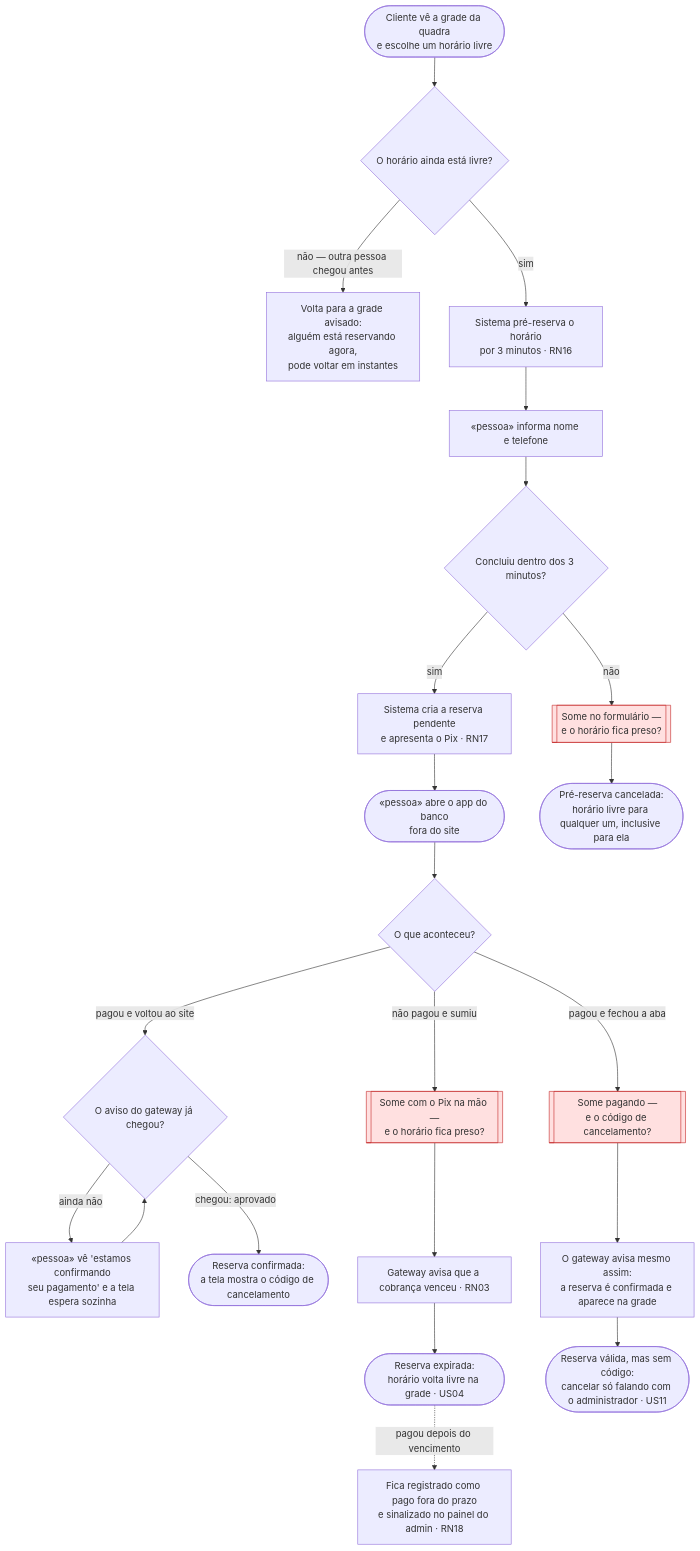
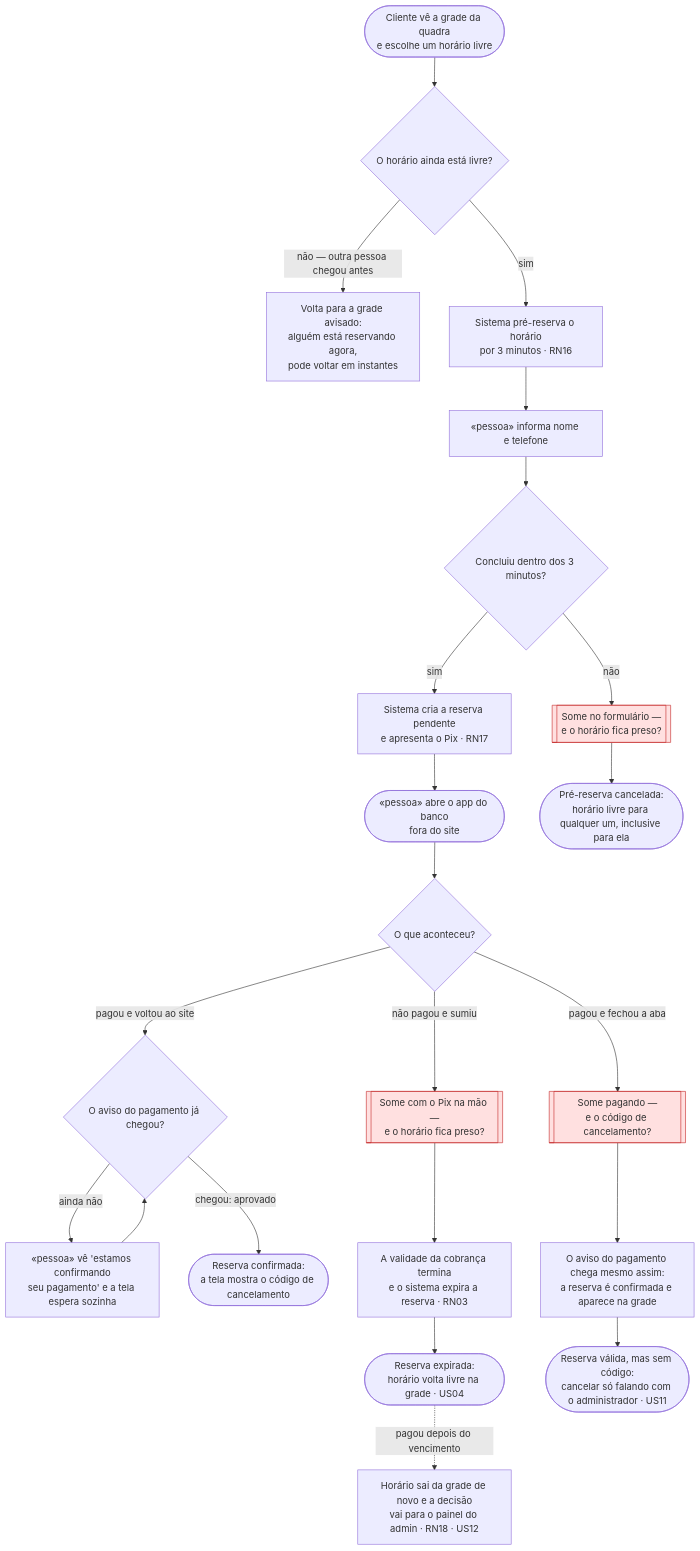
One commit to LuizGustavoSantiagoo/reserva-de-horarios changed the diagram in docs/user-flows.md. Above: the diagram before and after it, drawn with Mermaid. The commit also changed other lines of this file and 1 other file, not shown here.

Commit message:
docs: pagamento em ambiente de testes e stories prontas para o backlog

````diff
--- a/docs/user-flows.md
+++ b/docs/user-flows.md
@@ -30,28 +30,28 @@
 ```mermaid
 flowchart TD
     A(["Cliente vê a grade da quadra<br/>e escolhe um horário livre"]) --> B{"O horário ainda está livre?"}
     B -->|"não — outra pessoa chegou antes"| B1["Volta para a grade avisado:<br/>alguém está reservando agora,<br/>pode voltar em instantes"]
     B -->|"sim"| C["Sistema pré-reserva o horário<br/>por 3 minutos · RN16"]
     C --> D["«pessoa» informa nome e telefone"]
     D --> E{"Concluiu dentro dos 3 minutos?"}
     E -->|"não"| X1[["Some no formulário —<br/>e o horário fica preso?"]]
     E -->|"sim"| F["Sistema cria a reserva pendente<br/>e apresenta o Pix · RN17"]
     F --> G(["«pessoa» abre o app do banco<br/>fora do site"])
     G --> H{"O que aconteceu?"}
     H -->|"não pagou e sumiu"| X2[["Some com o Pix na mão —<br/>e o horário fica preso?"]]
     H -->|"pagou e fechou a aba"| X3[["Some pagando —<br/>e o código de cancelamento?"]]
-    H -->|"pagou e voltou ao site"| I{"O aviso do gateway já chegou?"}
+    H -->|"pagou e voltou ao site"| I{"O aviso do pagamento já chegou?"}
     I -->|"ainda não"| J["«pessoa» vê 'estamos confirmando<br/>seu pagamento' e a tela espera sozinha"]
     J --> I
     I -->|"chegou: aprovado"| K(["Reserva confirmada:<br/>a tela mostra o código de cancelamento"])
-    X2 --> L["Gateway avisa que a cobrança venceu · RN03"]
+    X2 --> L["A validade da cobrança termina<br/>e o sistema expira a reserva · RN03"]
     L --> M(["Reserva expirada:<br/>horário volta livre na grade · US04"])
-    M -.->|"pagou depois do vencimento"| N["Fica registrado como pago fora do prazo<br/>e sinalizado no painel do admin · RN18"]
-    X3 --> O["O gateway avisa mesmo assim:<br/>a reserva é confirmada e aparece na grade"]
+    M -.->|"pagou depois do vencimento"| N["Horário sai da grade de novo e a decisão<br/>vai para o painel do admin · RN18 · US12"]
+    X3 --> O["O aviso do pagamento chega mesmo assim:<br/>a reserva é confirmada e aparece na grade"]
     O --> P(["Reserva válida, mas sem código:<br/>cancelar só falando com o administrador · US11"])
     X1 --> Q(["Pré-reserva cancelada:<br/>horário livre para qualquer um, inclusive para ela"])
 
     style X1 fill:#ffe0e0,stroke:#c62828
     style X2 fill:#ffe0e0,stroke:#c62828
     style X3 fill:#ffe0e0,stroke:#c62828
 ```
````
